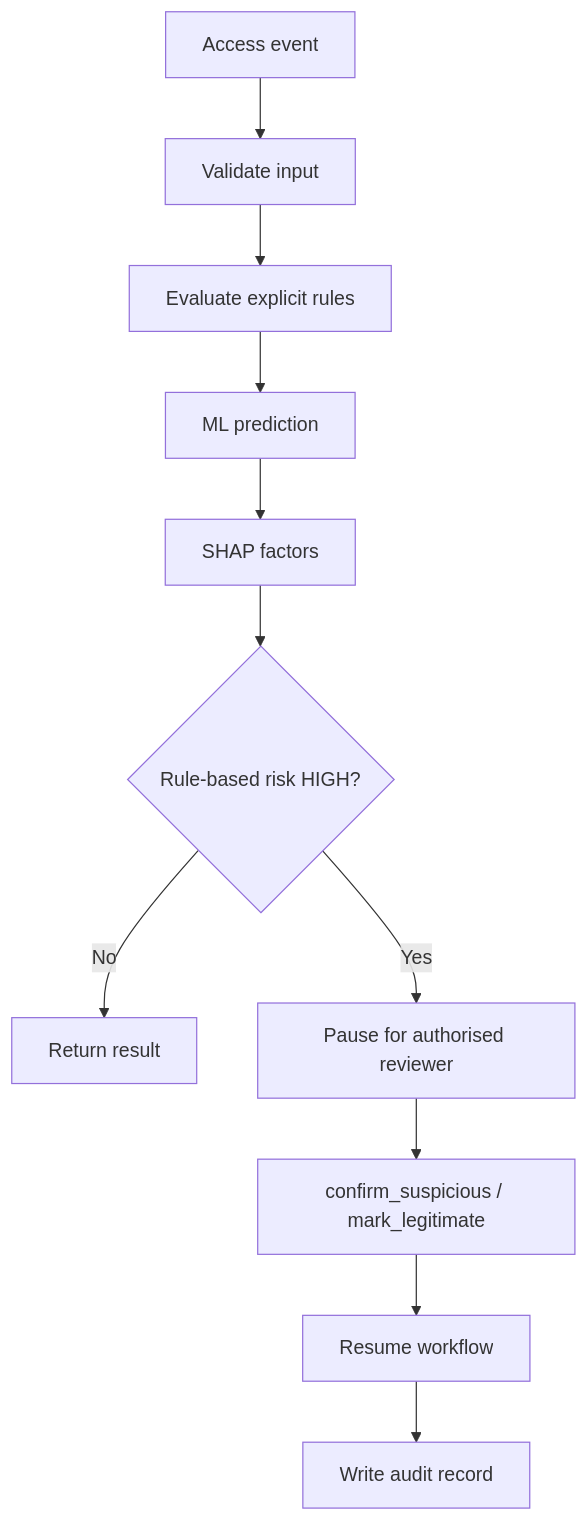
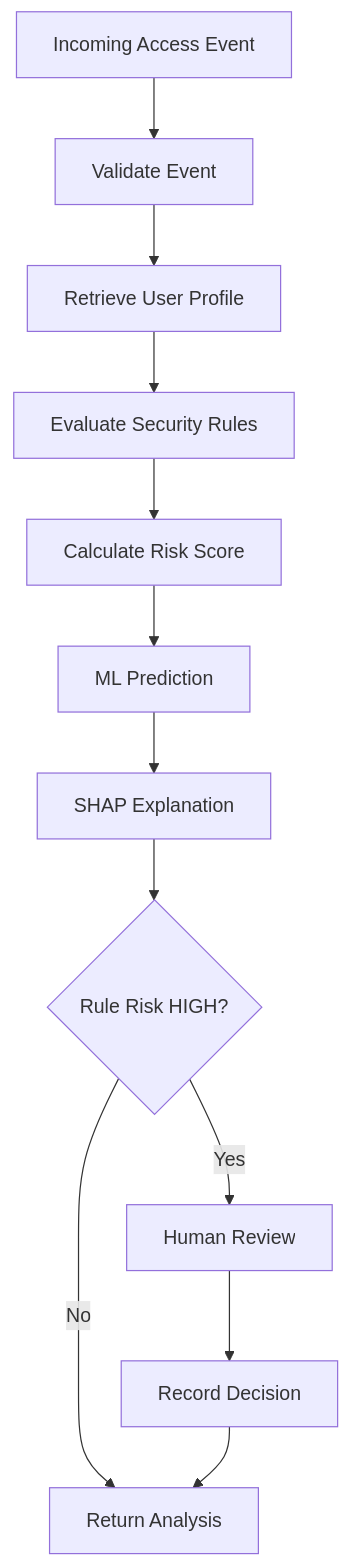
One commit to Mohsen-hub01/identityshield-ai changed the second of 12 diagrams in README.md. Above: the diagram before and after it, drawn with Mermaid. The commit also changed other lines of this file and 8 other files, not shown here.

Commit message:
docs: update project documentation and architecture diagrams

````diff
--- a/README.md
+++ b/README.md
@@ -56,13 +124,22 @@
 ```mermaid
 flowchart TD
-    A[Access event] --> B[Validate input]
-    B --> C[Evaluate explicit rules]
-    C --> D[ML prediction]
-    D --> E[SHAP factors]
-    E --> F{Rule-based risk HIGH?}
-    F -- No --> G[Return result]
-    F -- Yes --> H[Pause for authorised reviewer]
-    H --> I[confirm_suspicious / mark_legitimate]
-    I --> J[Resume workflow]
-    J --> K[Write audit record]
+    A["Incoming Access Event"]
+    B["Validate Event"]
+    C["Retrieve User Profile"]
+    D["Evaluate Security Rules"]
+    E["Calculate Risk Score"]
+    F["ML Prediction"]
+    G["SHAP Explanation"]
+    H{"Rule Risk HIGH?"}
+    I["Return Analysis"]
+    J["Human Review"]
+    K["Record Decision"]
+
+    A --> B --> C --> D
+    D --> E --> F --> G --> H
+
+    H -->|No| I
+    H -->|Yes| J
+    J --> K
+    K --> I
 ```
````
